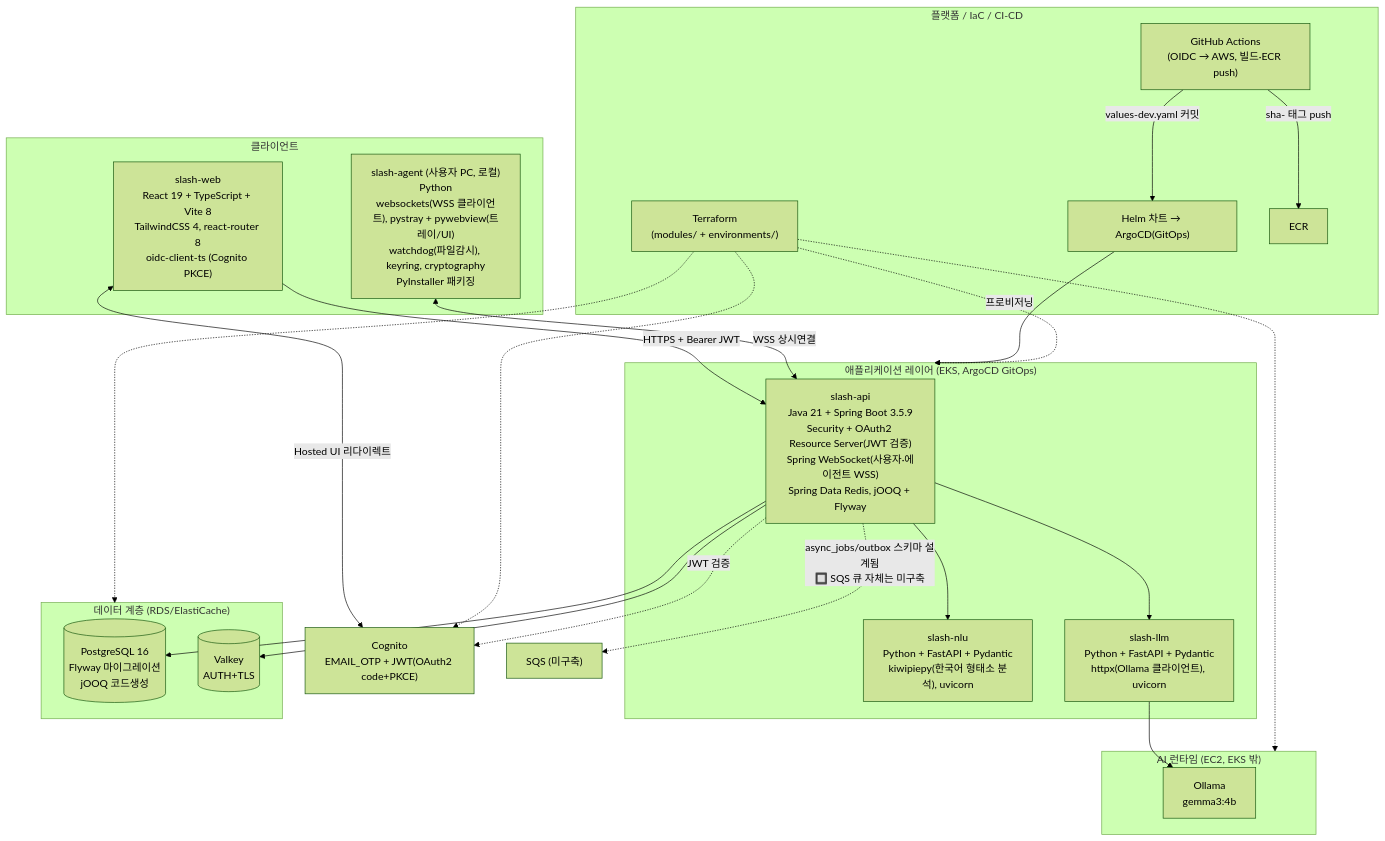
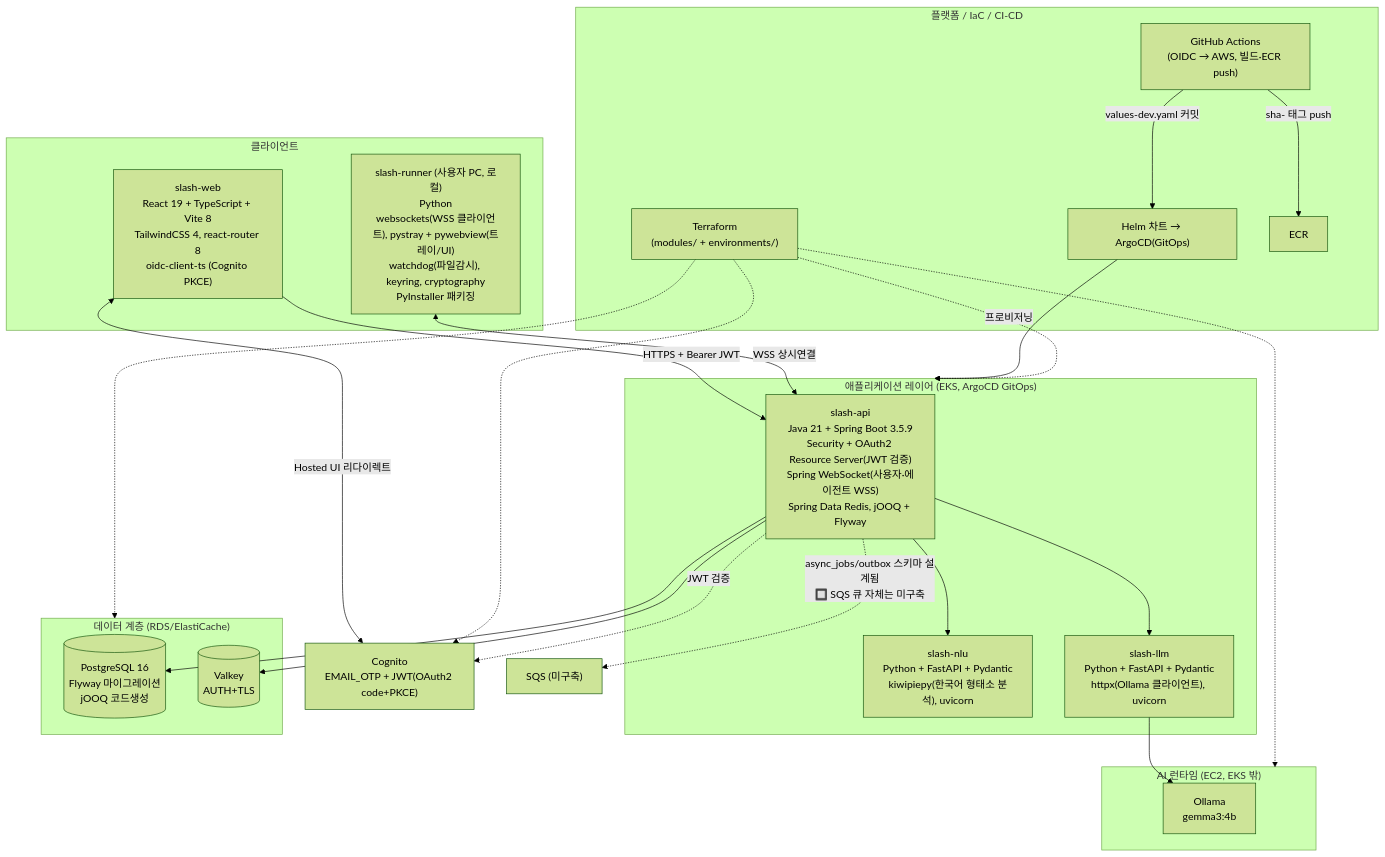
Before and after one commit to LikeLionTeam4/slash-infra: the diagram in docs/tech-stack.md, drawn with Mermaid (forest theme). The commit also changed other lines of this file and 1 other file, not shown here.

First line of the commit message:
docs: 신규 문서의 slash-agent 참조를 slash-runner로 정정

````diff
--- a/docs/tech-stack.md
+++ b/docs/tech-stack.md
@@ -9,50 +9,50 @@
 ```mermaid
 flowchart TB
     subgraph CLIENT["클라이언트"]
         WEB["slash-web\nReact 19 + TypeScript + Vite 8\nTailwindCSS 4, react-router 8\noidc-client-ts (Cognito PKCE)"]
-        AGENT["slash-agent (사용자 PC, 로컬)\nPython\nwebsockets(WSS 클라이언트), pystray + pywebview(트레이/UI)\nwatchdog(파일감시), keyring, cryptography\nPyInstaller 패키징"]
+        AGENT["slash-runner (사용자 PC, 로컬)\nPython\nwebsockets(WSS 클라이언트), pystray + pywebview(트레이/UI)\nwatchdog(파일감시), keyring, cryptography\nPyInstaller 패키징"]
     end
 
     subgraph APP["애플리케이션 레이어 (EKS, ArgoCD GitOps)"]
         API["slash-api\nJava 21 + Spring Boot 3.5.9\nSecurity + OAuth2 Resource Server(JWT 검증)\nSpring WebSocket(사용자·에이전트 WSS)\nSpring Data Redis, jOOQ + Flyway"]
         NLU["slash-nlu\nPython + FastAPI + Pydantic\nkiwipiepy(한국어 형태소 분석), uvicorn"]
         LLM["slash-llm\nPython + FastAPI + Pydantic\nhttpx(Ollama 클라이언트), uvicorn"]
     end
 
     subgraph AI["AI 런타임 (EC2, EKS 밖)"]
         OLLAMA["Ollama\ngemma3:4b"]
     end
 
     subgraph DATA["데이터 계층 (RDS/ElastiCache)"]
         PG[("PostgreSQL 16\nFlyway 마이그레이션\njOOQ 코드생성")]
         VALKEY[("Valkey\nAUTH+TLS")]
     end
 
     COGNITO["Cognito\nEMAIL_OTP + JWT(OAuth2 code+PKCE)"]
 
     subgraph PLATFORM["플랫폼 / IaC / CI-CD"]
         TF["Terraform\n(modules/ + environments/)"]
         HELM_ARGO["Helm 차트 → ArgoCD(GitOps)"]
         GHA["GitHub Actions\n(OIDC → AWS, 빌드·ECR push)"]
         ECR_["ECR"]
     end
 
     WEB -->|"HTTPS + Bearer JWT"| API
     WEB <-->|Hosted UI 리다이렉트| COGNITO
     AGENT <-->|"WSS 상시연결"| API
     API --> NLU
     API --> LLM
     API --> PG
     API --> VALKEY
     API -.->|JWT 검증| COGNITO
     LLM --> OLLAMA
     API -.->|"async_jobs/outbox 스키마 설계됨\n🔲 SQS 큐 자체는 미구축"| SQS["SQS (미구축)"]
 
     GHA -->|"sha- 태그 push"| ECR_
     GHA -->|"values-dev.yaml 커밋"| HELM_ARGO
     HELM_ARGO --> APP
     TF -.->|프로비저닝| APP
     TF -.-> DATA
     TF -.-> COGNITO
     TF -.-> AI
 ```
````
